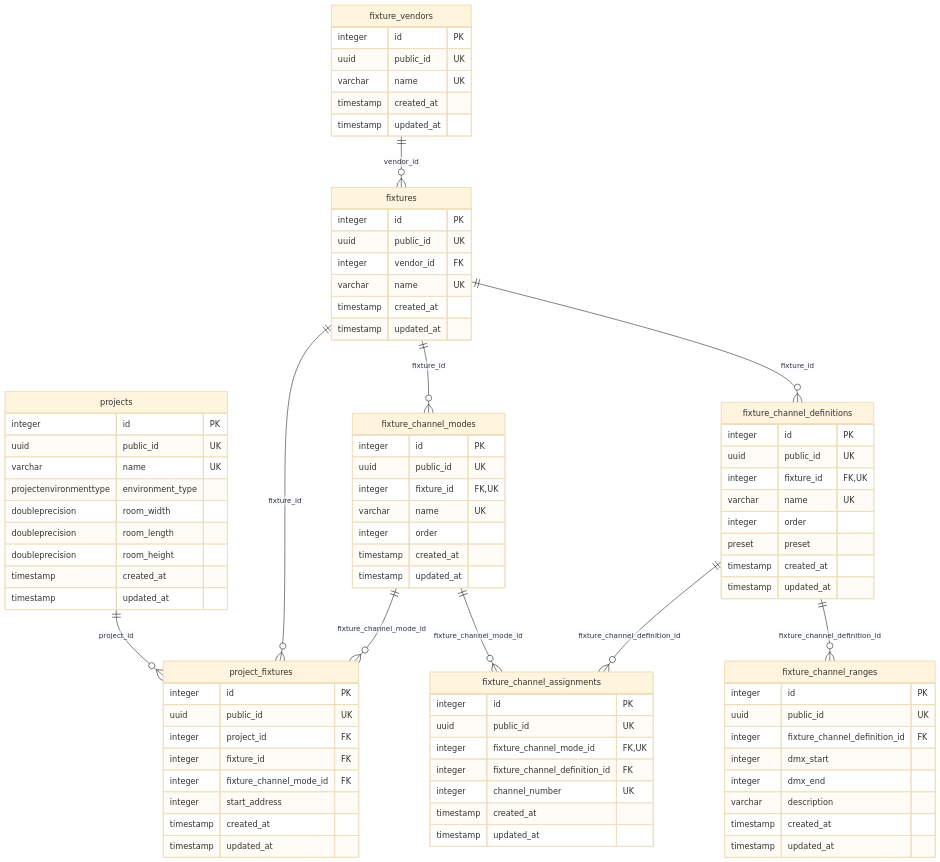
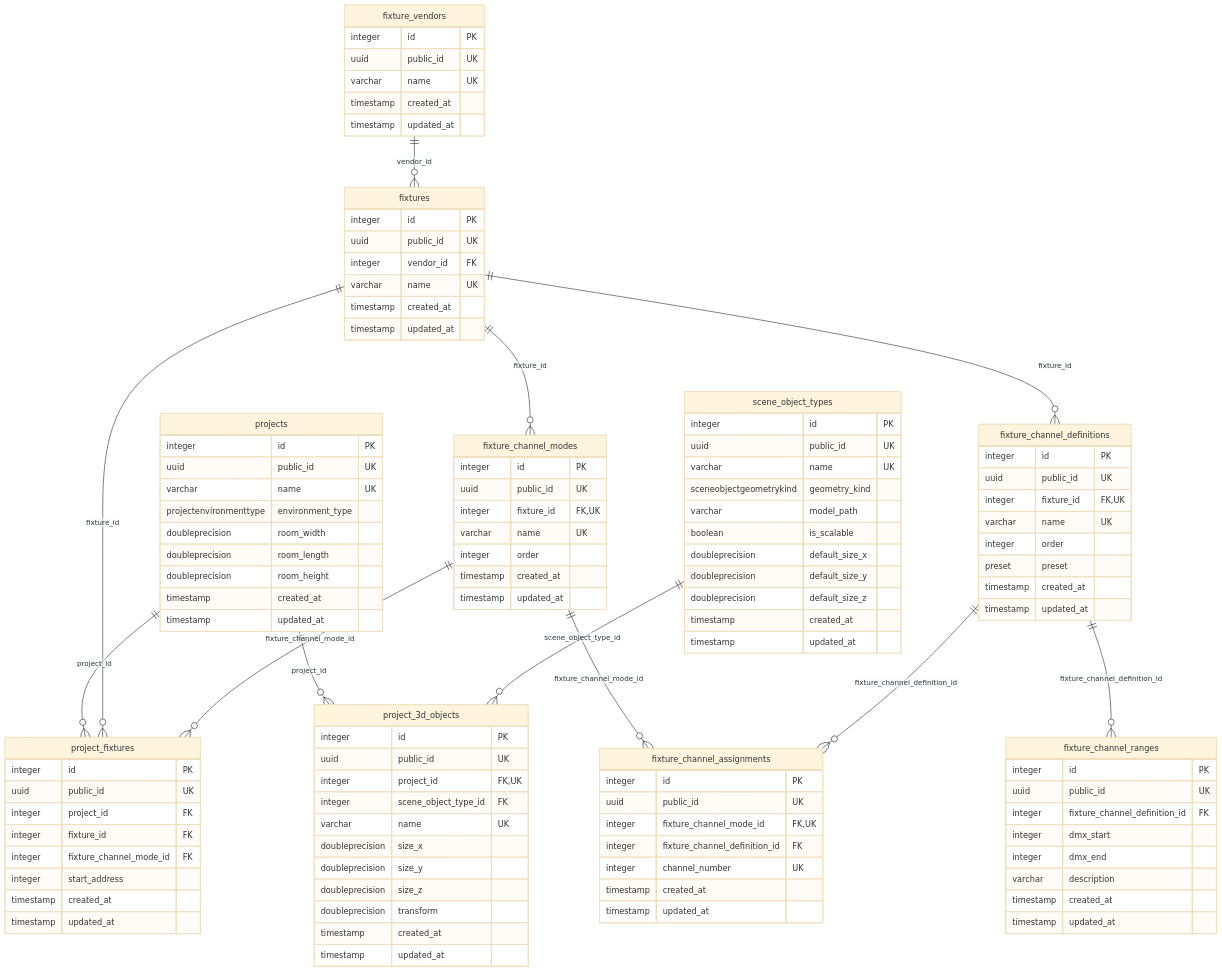
The diagram in apps/backend/docs/database-schema.md (hsimpson/dmx-light-control), drawn with Mermaid (base theme) before and after one commit. The commit also changed 93 other files, not shown here.

````diff
--- a/apps/backend/docs/database-schema.md
+++ b/apps/backend/docs/database-schema.md
@@ -10,6 +10,8 @@
     fixtures ||--o{ fixture_channel_definitions : "fixture_id"
     fixtures ||--o{ fixture_channel_modes : "fixture_id"
     fixture_channel_definitions ||--o{ fixture_channel_ranges : "fixture_channel_definition_id"
+    projects ||--o{ project_3d_objects : "project_id"
+    scene_object_types ||--o{ project_3d_objects : "scene_object_type_id"
     projects ||--o{ project_fixtures : "project_id"
     fixtures ||--o{ project_fixtures : "fixture_id"
     fixture_channel_modes ||--o{ project_fixtures : "fixture_channel_mode_id"
@@ -77,6 +79,19 @@
         timestamp created_at
         timestamp updated_at
     }
+    project_3d_objects {
+        integer id PK
+        uuid public_id UK
+        integer project_id FK,UK
+        integer scene_object_type_id FK
+        varchar name UK
+        doubleprecision size_x
+        doubleprecision size_y
+        doubleprecision size_z
+        doubleprecision transform
+        timestamp created_at
+        timestamp updated_at
+    }
     project_fixtures {
         integer id PK
         uuid public_id UK
@@ -87,4 +102,17 @@
         timestamp created_at
         timestamp updated_at
     }
+    scene_object_types {
+        integer id PK
+        uuid public_id UK
+        varchar name UK
+        sceneobjectgeometrykind geometry_kind
+        varchar model_path
+        boolean is_scalable
+        doubleprecision default_size_x
+        doubleprecision default_size_y
+        doubleprecision default_size_z
+        timestamp created_at
+        timestamp updated_at
+    }
 ```
````
